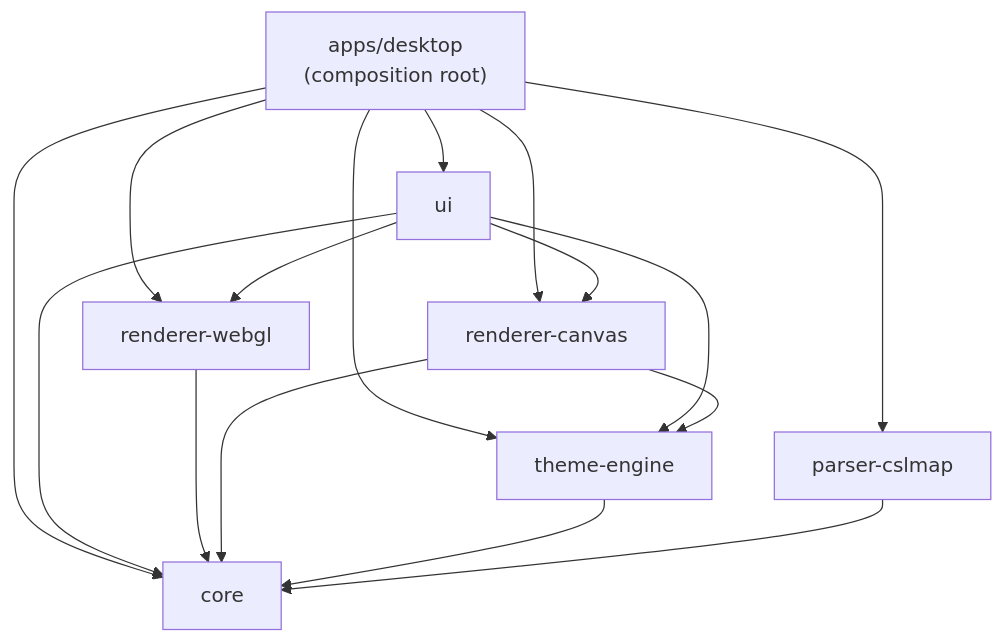
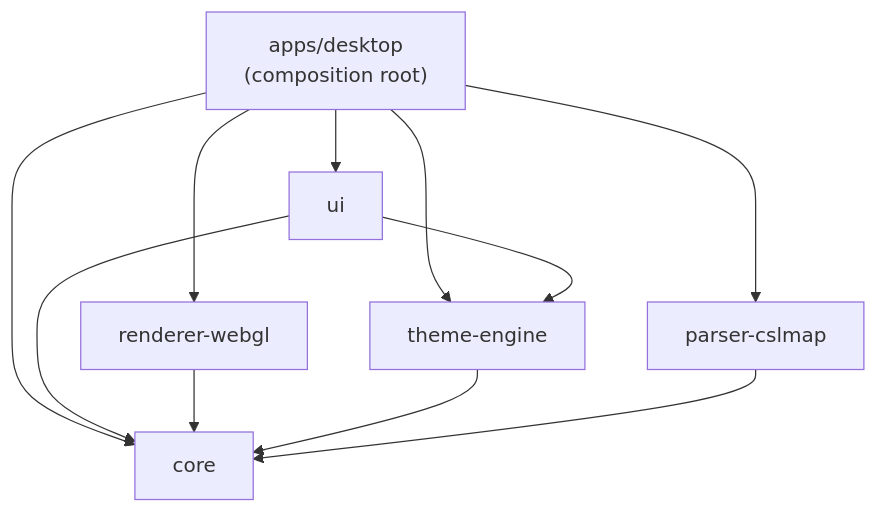
One commit to sebas-tcotd/vellum changed the diagram in docs/en/integration-architecture.md. Above: the diagram before and after it, drawn with Mermaid. The commit also changed other lines of this file and 108 other files, not shown here.

````diff
--- a/docs/en/integration-architecture.md
+++ b/docs/en/integration-architecture.md
@@ -9,18 +9,13 @@
 ```mermaid
 graph TD
   desktop["apps/desktop<br/>(composition root)"] --> ui
   desktop --> core
   desktop --> parser["parser-cslmap"]
   desktop --> webgl["renderer-webgl"]
-  desktop --> canvas["renderer-canvas"]
   desktop --> themes["theme-engine"]
   ui --> core
-  ui --> webgl
-  ui --> canvas
   ui --> themes
   webgl --> core
-  canvas --> core
-  canvas --> themes
   themes --> core
   parser --> core
 ```
````
